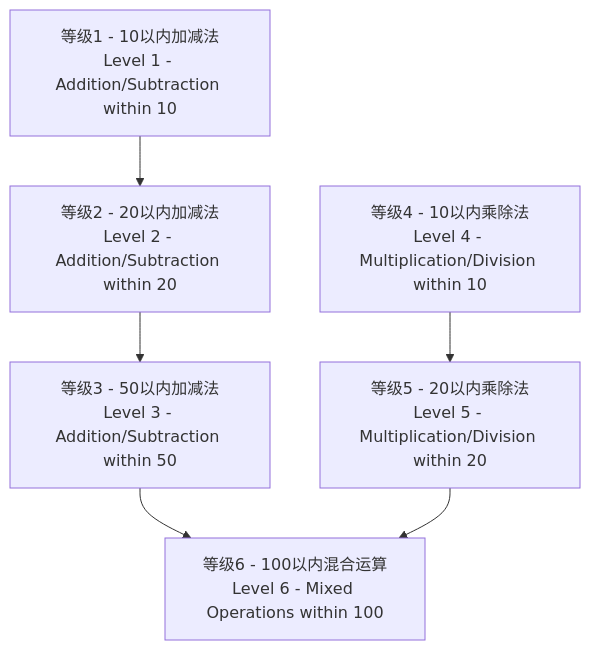
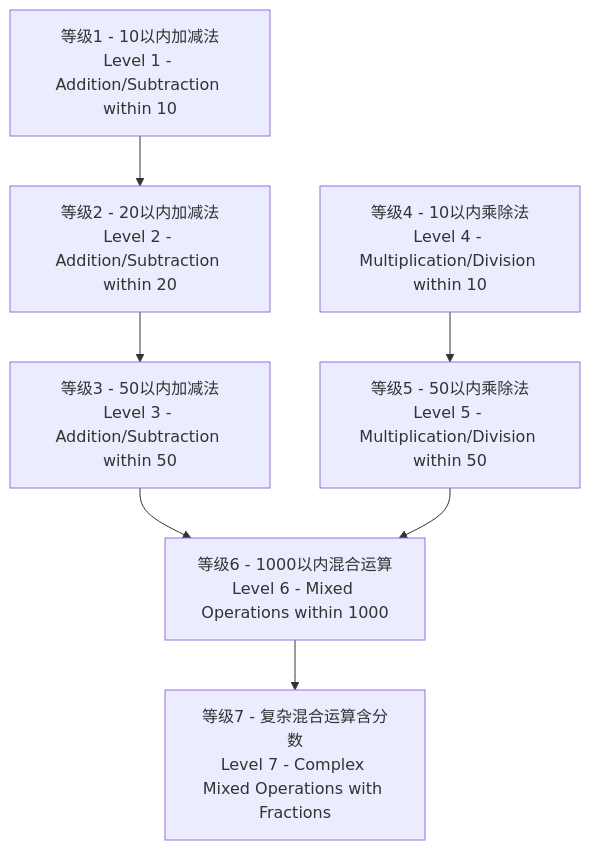
One commit to tobecrazy/Arithmetic changed the diagram in README.md. Above: the diagram before and after it, drawn with Mermaid. The commit also changed other lines of this file and 27 other files, not shown here.

````diff
--- a/README.md
+++ b/README.md
@@ -619,8 +619,9 @@
 ```mermaid
 flowchart TB
     L1[等级1 - 10以内加减法<br/>Level 1 - Addition/Subtraction within 10] --> L2[等级2 - 20以内加减法<br/>Level 2 - Addition/Subtraction within 20]
     L2 --> L3[等级3 - 50以内加减法<br/>Level 3 - Addition/Subtraction within 50]
-    L3 --> L6[等级6 - 100以内混合运算<br/>Level 6 - Mixed Operations within 100]
-    L4[等级4 - 10以内乘除法<br/>Level 4 - Multiplication/Division within 10] --> L5[等级5 - 20以内乘除法<br/>Level 5 - Multiplication/Division within 20]
+    L3 --> L6[等级6 - 1000以内混合运算<br/>Level 6 - Mixed Operations within 1000]
+    L4[等级4 - 10以内乘除法<br/>Level 4 - Multiplication/Division within 10] --> L5[等级5 - 50以内乘除法<br/>Level 5 - Multiplication/Division within 50]
     L5 --> L6
+    L6 --> L7[等级7 - 复杂混合运算含分数<br/>Level 7 - Complex Mixed Operations with Fractions]
 ```
````
